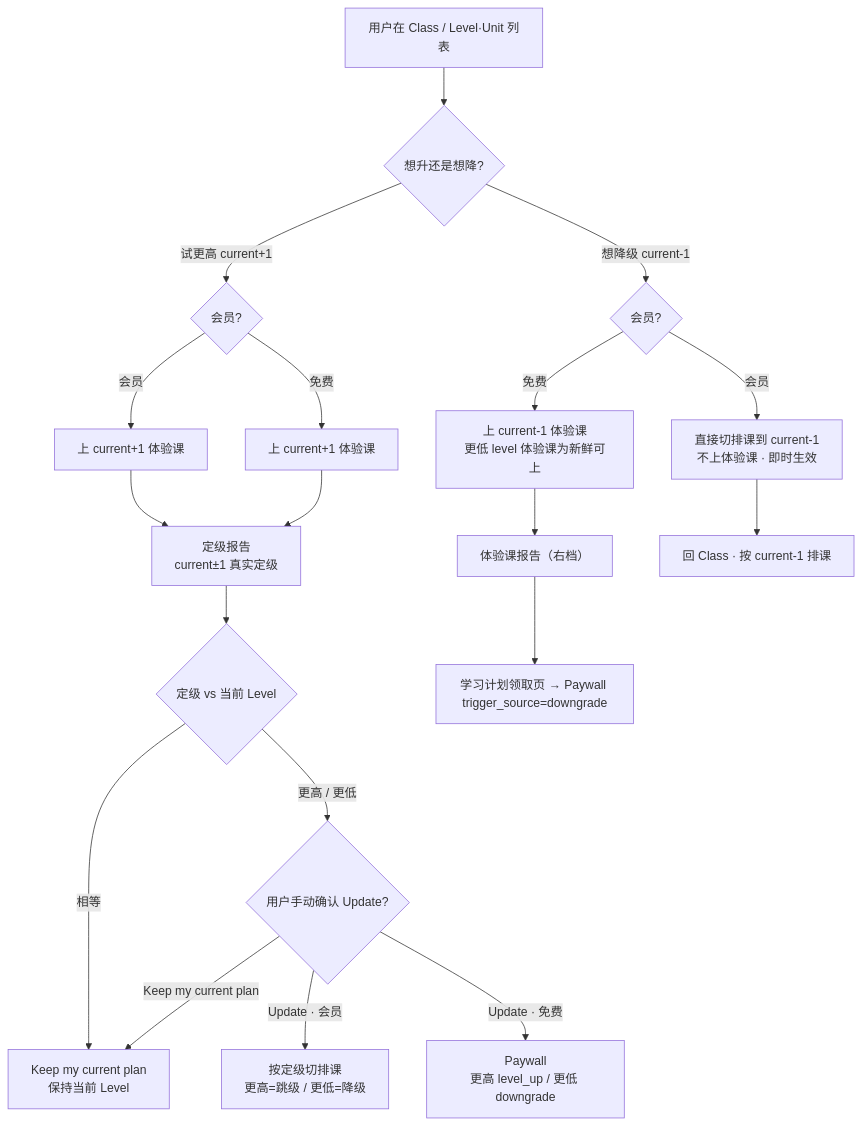
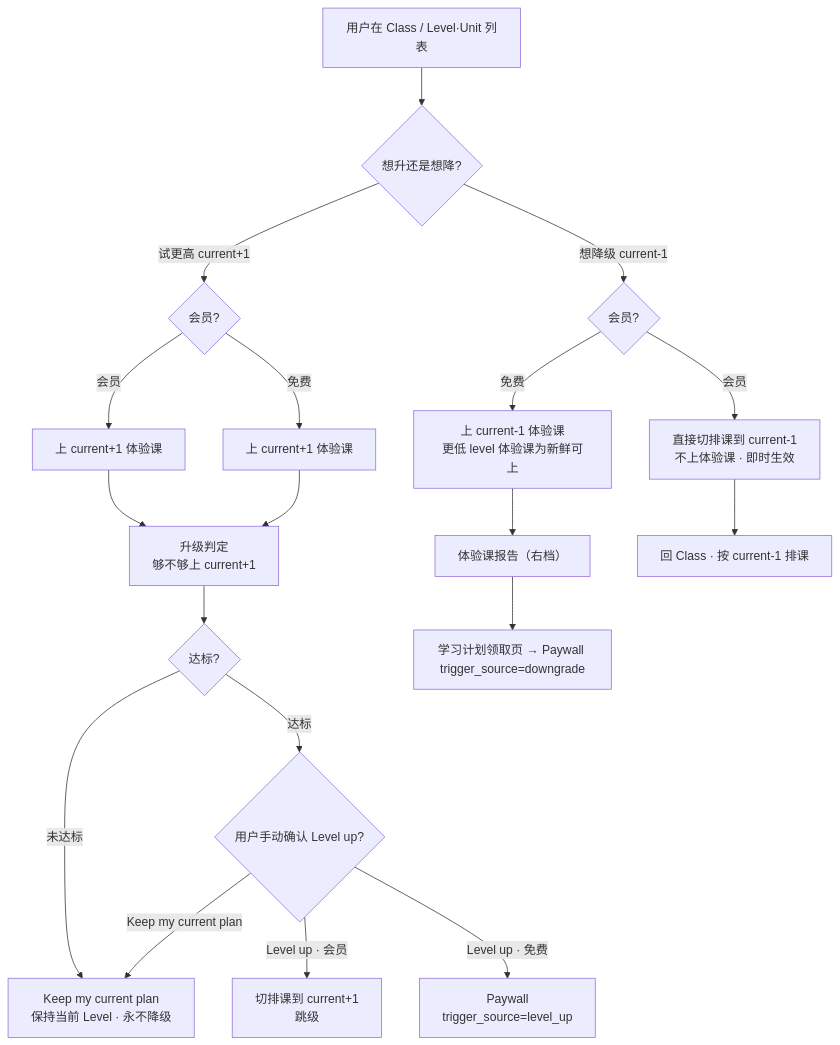
Before and after one commit to cyanlee888/cyan: the first of 3 diagrams in V1.3.1-产品需求文档-PRD.md, drawn with Mermaid. The commit also changed other lines of this file and 2 other files, not shown here.

First line of the commit message:
v1.3.1: upgrade trial never demotes (level up or hold; downgrade is user-driven only)

````diff
--- a/V1.3.1-产品需求文档-PRD.md
+++ b/V1.3.1-产品需求文档-PRD.md
@@ -115,23 +120,23 @@
 ```mermaid
 flowchart TB
   Start[用户在 Class / Level·Unit 列表] --> Dir{想升还是想降?}
 
   Dir -->|试更高 current+1| Up{会员?}
   Up -->|会员| UpTrialM[上 current+1 体验课]
   Up -->|免费| UpTrialF[上 current+1 体验课]
-  UpTrialM --> UpReport[定级报告<br/>current±1 真实定级]
+  UpTrialM --> UpReport[升级判定<br/>够不够上 current+1]
   UpTrialF --> UpReport
-  UpReport --> Cmp{定级 vs 当前 Level}
-  Cmp -->|相等| Keep[Keep my current plan<br/>保持当前 Level]
-  Cmp -->|更高 / 更低| Confirm{用户手动确认 Update?}
+  UpReport --> Cmp{达标?}
+  Cmp -->|未达标| Keep[Keep my current plan<br/>保持当前 Level · 永不降级]
+  Cmp -->|达标| Confirm{用户手动确认 Level up?}
   Confirm -->|Keep my current plan| Keep
-  Confirm -->|Update · 会员| UpdatePlanM[按定级切排课<br/>更高=跳级 / 更低=降级]
-  Confirm -->|Update · 免费| PaywallUp[Paywall<br/>更高 level_up / 更低 downgrade]
+  Confirm -->|Level up · 会员| UpdatePlanM[切排课到 current+1<br/>跳级]
+  Confirm -->|Level up · 免费| PaywallUp[Paywall<br/>trigger_source=level_up]
 
   Dir -->|想降级 current-1| Down{会员?}
   Down -->|会员| DownDirect[直接切排课到 current-1<br/>不上体验课 · 即时生效]
   Down -->|免费| DownTrialF[上 current-1 体验课<br/>更低 level 体验课为新鲜可上]
   DownTrialF --> DownReport[体验课报告（右档）]
   DownReport --> StudyPlan[学习计划领取页 → Paywall trigger_source=downgrade]
   DownDirect --> Class2[回 Class · 按 current-1 排课]
 ```
````
